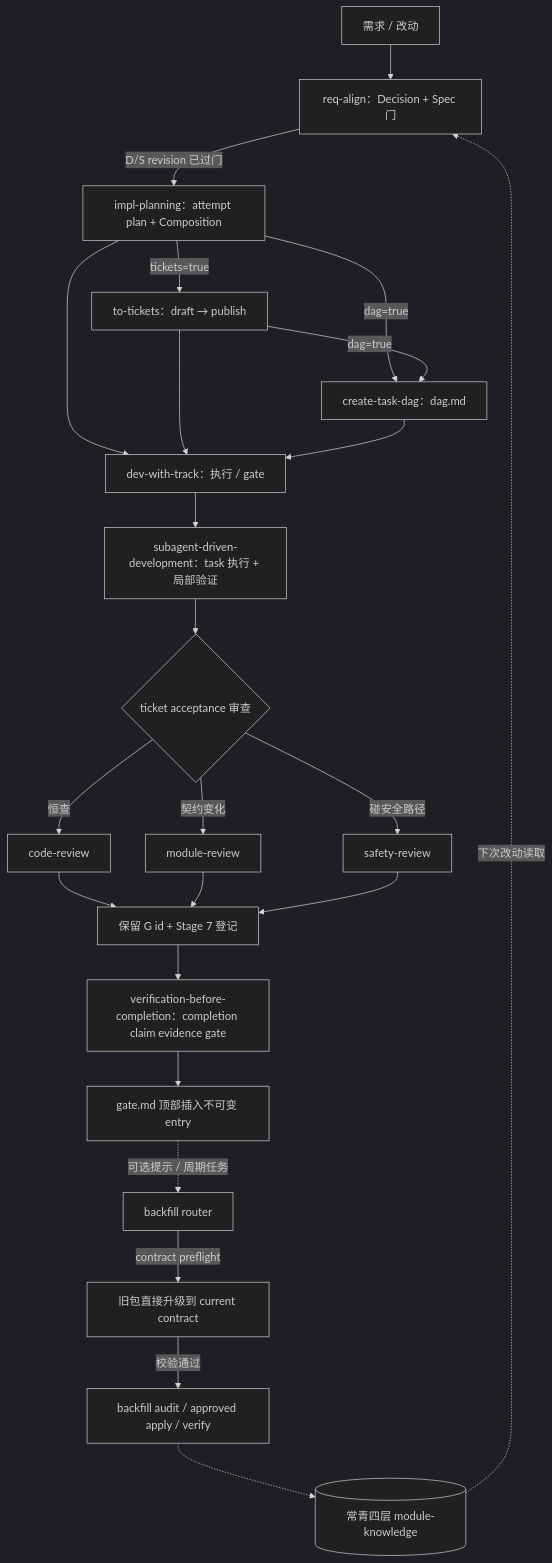
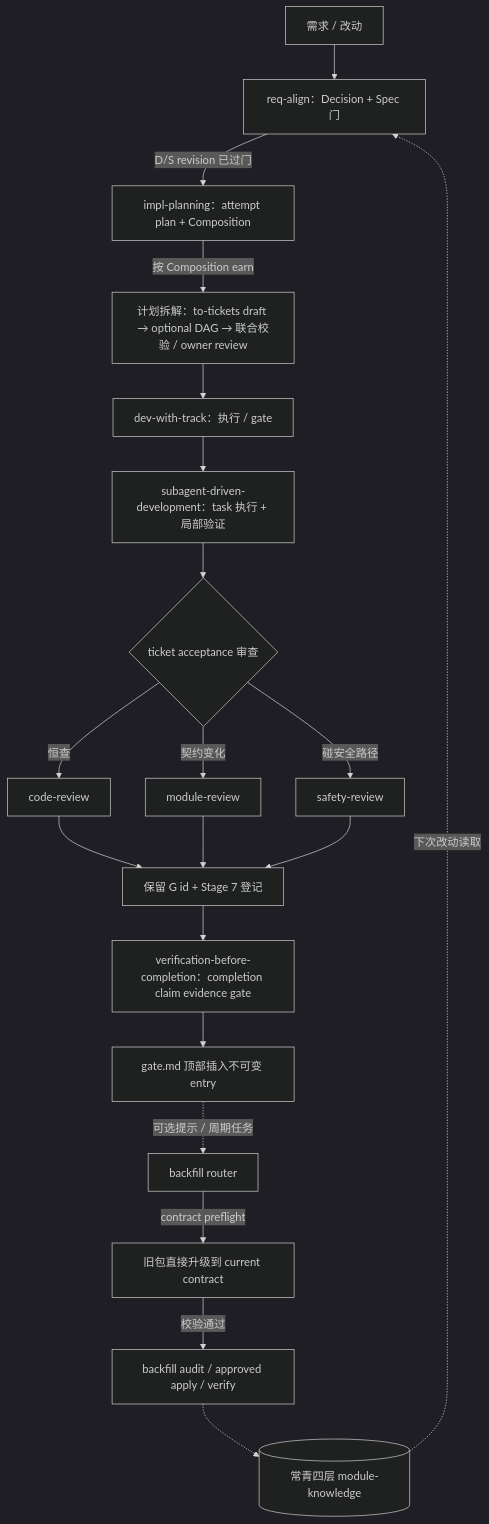
The diagram in skills/impl-package/SKILL.md (fangxiao-dev/agent-workbench), drawn with Mermaid (dark theme) before and after one commit. The commit also changed other lines of this file and 15 other files, not shown here.

First line of the commit message:
docs(impl-package): unify ticket and DAG review

````diff
--- a/skills/impl-package/SKILL.md
+++ b/skills/impl-package/SKILL.md
@@ -28,26 +28,22 @@
 ```mermaid
 flowchart TD
     Req[需求 / 改动] --> RA[req-align：Decision + Spec 门]
     RA -->|D/S revision 已过门| PL[impl-planning：attempt plan + Composition]
-    PL -->|tickets=true| TK[to-tickets：draft → publish]
-    PL -->|dag=true| DG[create-task-dag：dag.md]
-    TK -->|dag=true| DG
-    PL --> EX[dev-with-track：执行 / gate]
-    TK --> EX
-    DG --> EX
+    PL -->|按 Composition earn| PD[计划拆解：to-tickets draft → optional DAG → 联合校验 / owner review]
+    PD --> EX[dev-with-track：执行 / gate]
     EX --> SD[subagent-driven-development：task 执行 + 局部验证]
     SD --> RV{ticket acceptance 审查}
     RV -->|恒查| CR[code-review]
     RV -->|契约变化| MR[module-review]
     RV -->|碰安全路径| SR[safety-review]
     CR --> CAP[保留 G id + Stage 7 登记]
     MR --> CAP
     SR --> CAP
     CAP --> VC[verification-before-completion：completion claim evidence gate]
     VC --> GT[gate.md 顶部插入不可变 entry]
     GT -. 可选提示 / 周期任务 .-> BF[backfill router]
     BF -->|contract preflight| UP[旧包直接升级到 current contract]
     UP -->|校验通过| BF2[backfill audit / approved apply / verify]
     BF2 -.-> EV[(常青四层 module-knowledge)]
     EV -. 下次改动读取 .-> RA
 ```
````
